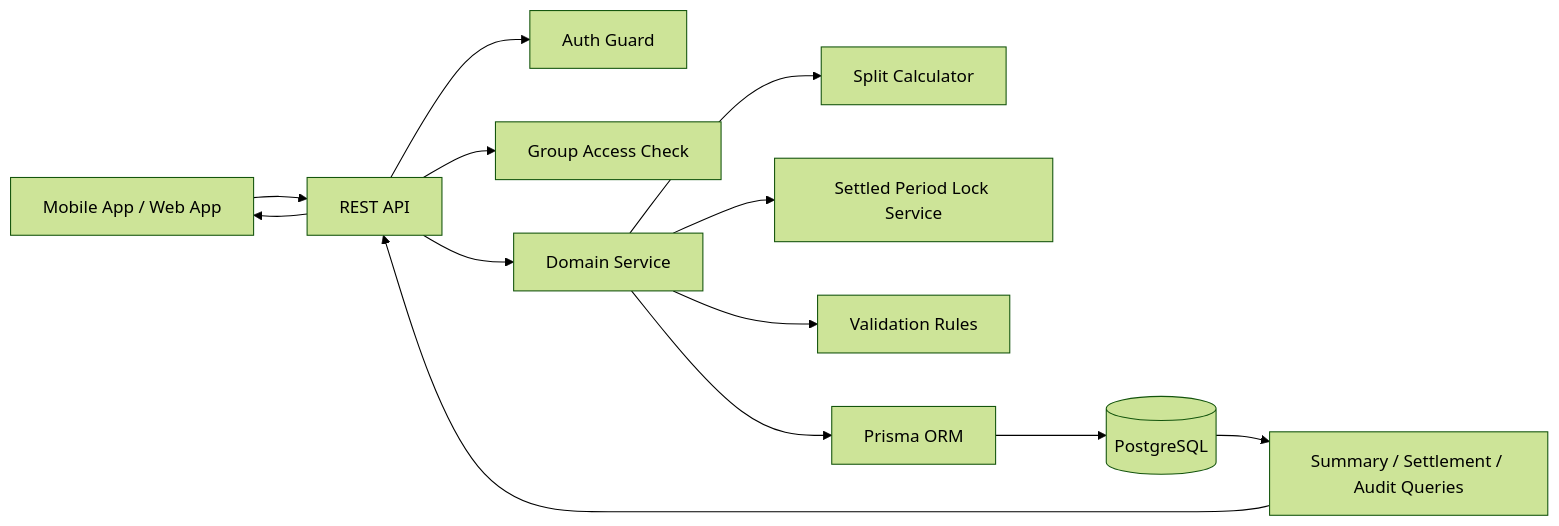
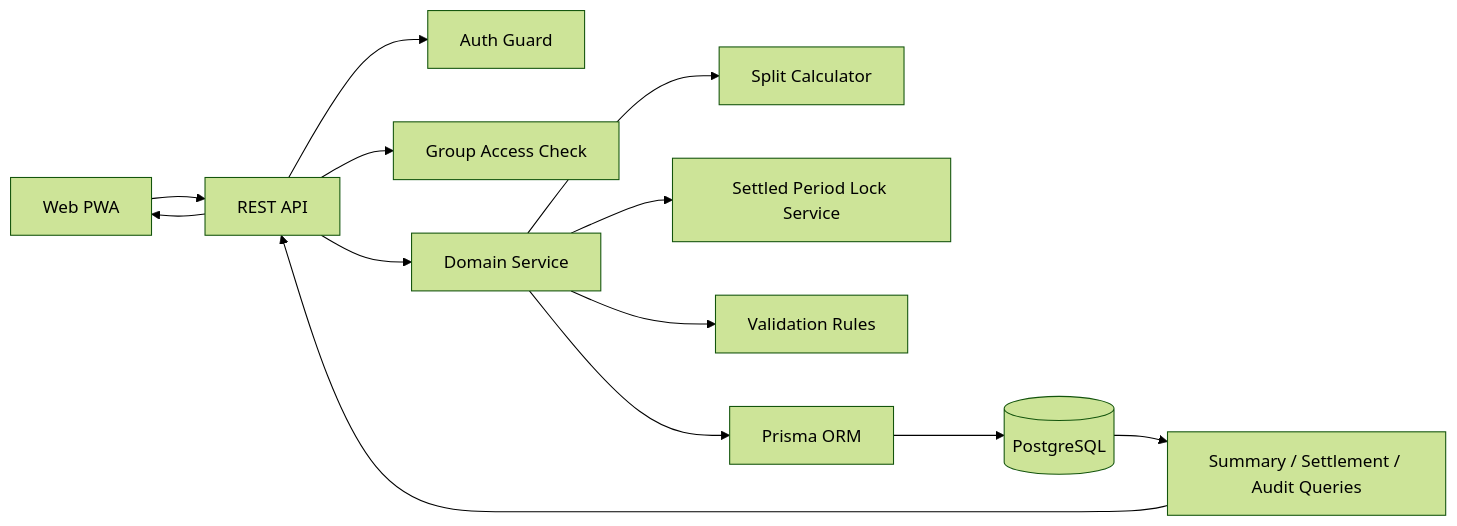
Before and after one commit to summer51202/mimic: the second of 7 diagrams in docs/design/mimic-prd-v0.2-final.md, drawn with Mermaid (forest theme). The commit also changed other lines of this file and 4 other files, not shown here.

````diff
--- a/docs/design/mimic-prd-v0.2-final.md
+++ b/docs/design/mimic-prd-v0.2-final.md
@@ -627,18 +627,18 @@
 ```mermaid
 flowchart LR
-  UI[Mobile App / Web App] --> API[REST API]
+  UI[Web PWA] --> API[REST API]
   API --> AUTH[Auth Guard]
   API --> GROUP[Group Access Check]
   API --> DOMAIN[Domain Service]
 
   DOMAIN --> SPLIT[Split Calculator]
   DOMAIN --> LOCK[Settled Period Lock Service]
   DOMAIN --> RULES[Validation Rules]
 
   DOMAIN --> PRISMA[Prisma ORM]
   PRISMA --> DB[(PostgreSQL)]
 
   DB --> READS[Summary / Settlement / Audit Queries]
   READS --> API
   API --> UI
 ```
````
